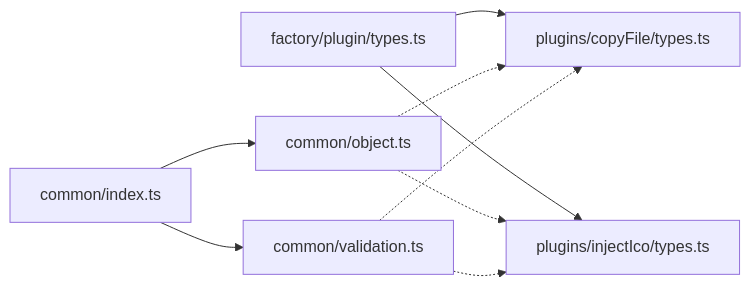
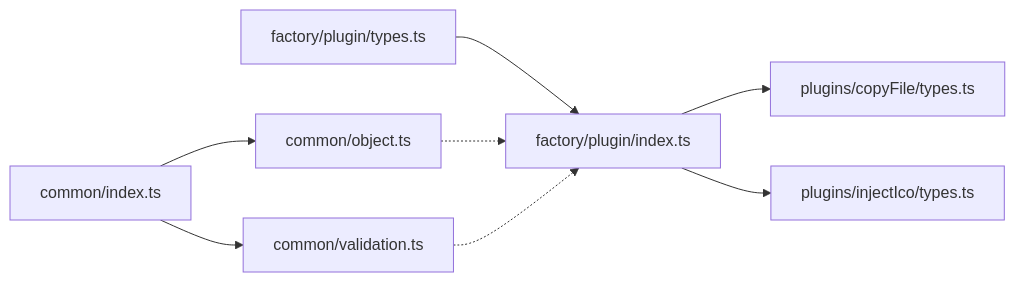
One commit to MengXi-Studio/vite-plugin changed the fifth of 5 diagrams in .qoder/repowiki/zh/content/工具模块/对象工具.md. Above: the diagram before and after it, drawn with Mermaid. The commit also changed other lines of this file and 8 other files, not shown here.

````diff
--- a/.qoder/repowiki/zh/content/工具模块/对象工具.md
+++ b/.qoder/repowiki/zh/content/工具模块/对象工具.md
@@ -245,11 +295,10 @@
 ```mermaid
 graph LR
 CommonIndex["common/index.ts"] --> ObjectTS["common/object.ts"]
 CommonIndex --> ValidationTS["common/validation.ts"]
-FactoryTypes["factory/plugin/types.ts"] --> CopyFileTypes["plugins/copyFile/types.ts"]
-FactoryTypes --> InjectIcoTypes["plugins/injectIco/types.ts"]
-ObjectTS -.-> CopyFileTypes
-ObjectTS -.-> InjectIcoTypes
-ValidationTS -.-> CopyFileTypes
-ValidationTS -.-> InjectIcoTypes
+FactoryTypes["factory/plugin/types.ts"] --> FactoryIndex["factory/plugin/index.ts"]
+FactoryIndex --> CopyFileTypes["plugins/copyFile/types.ts"]
+FactoryIndex --> InjectIcoTypes["plugins/injectIco/types.ts"]
+ObjectTS -.-> FactoryIndex
+ValidationTS -.-> FactoryIndex
 ```
````
